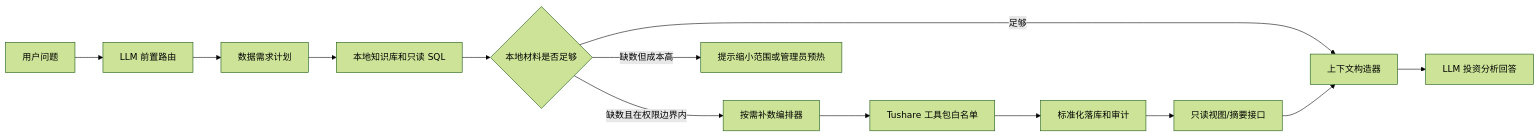
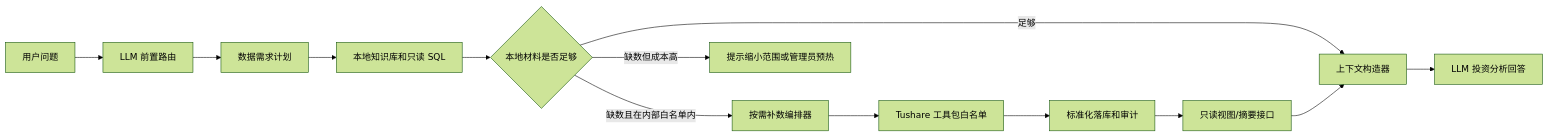
The diagram in resources/doc/llm-tushare-on-demand-stock-data-plan.md (WinSalty/stock-ah-premium-ai), drawn with Mermaid (forest theme) before and after one commit. The commit also changed other lines of this file and 5 other files, not shown here.

````diff
--- a/resources/doc/llm-tushare-on-demand-stock-data-plan.md
+++ b/resources/doc/llm-tushare-on-demand-stock-data-plan.md
@@ -15,15 +17,15 @@
 ```mermaid
 flowchart LR
   U["用户问题"] --> R["LLM 前置路由"]
   R --> P["数据需求计划"]
   P --> L["本地知识库和只读 SQL"]
   L --> G{"本地材料是否足够"}
   G -->|"足够"| C["上下文构造器"]
-  G -->|"缺数且在权限边界内"| O["按需补数编排器"]
+  G -->|"缺数且在内部白名单内"| O["按需补数编排器"]
   G -->|"缺数但成本高"| H["提示缩小范围或管理员预热"]
   O --> W["Tushare 工具包白名单"]
   W --> S["标准化落库和审计"]
   S --> V["只读视图/摘要接口"]
   V --> C
   C --> A["LLM 投资分析回答"]
 ```
````
